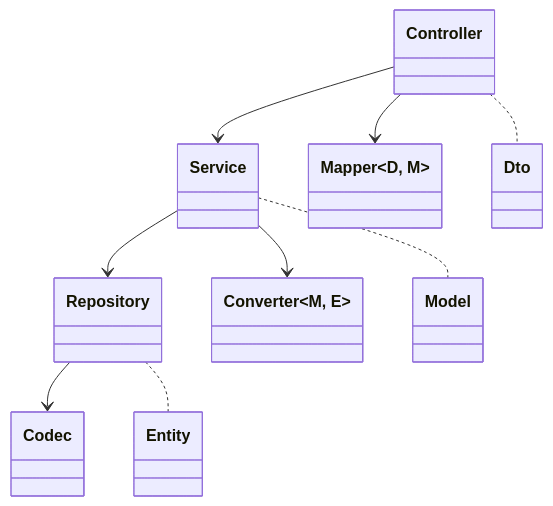
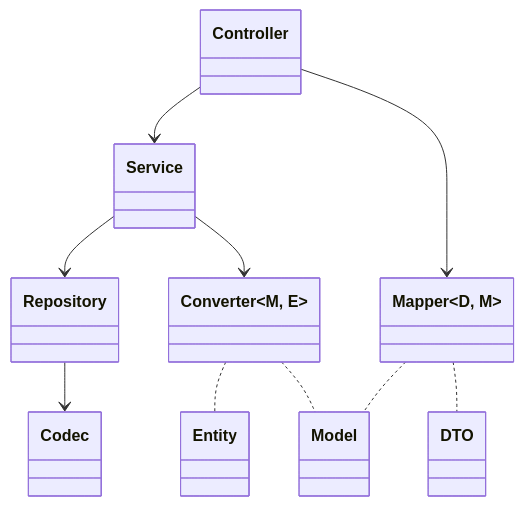
The first of 4 diagrams in README.md (HandyS11/Mong-Eat), drawn with Mermaid before and after one commit. The commit also changed other lines of this file, not shown here.

````diff
--- a/README.md
+++ b/README.md
@@ -62,23 +62,32 @@
 ```mermaid
 classDiagram
 
 class Controller {
     
 }
 Controller --> Service
 Controller --> Mapper~D, M~
-Controller .. Dto
 
 class Service {
     
 }
 Service --> Repository
 Service --> Converter~M, E~
-Service .. Model
 
 class Repository {
     
 }
 Repository --> Codec
-Repository .. Entity
+
+class Mapper~D, M~ {
+    
+}
+Mapper .. DTO
+Mapper .. Model
+
+class Converter~M, E~ {
+    
+}
+Converter .. Model
+Converter .. Entity
 ```
````
